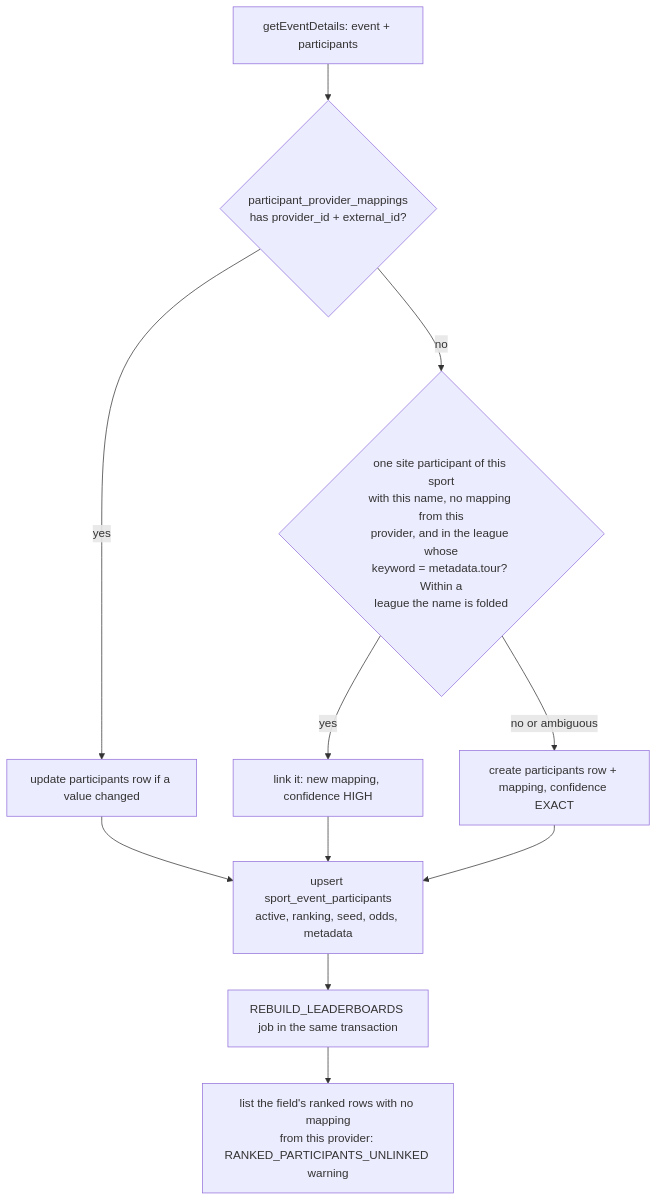
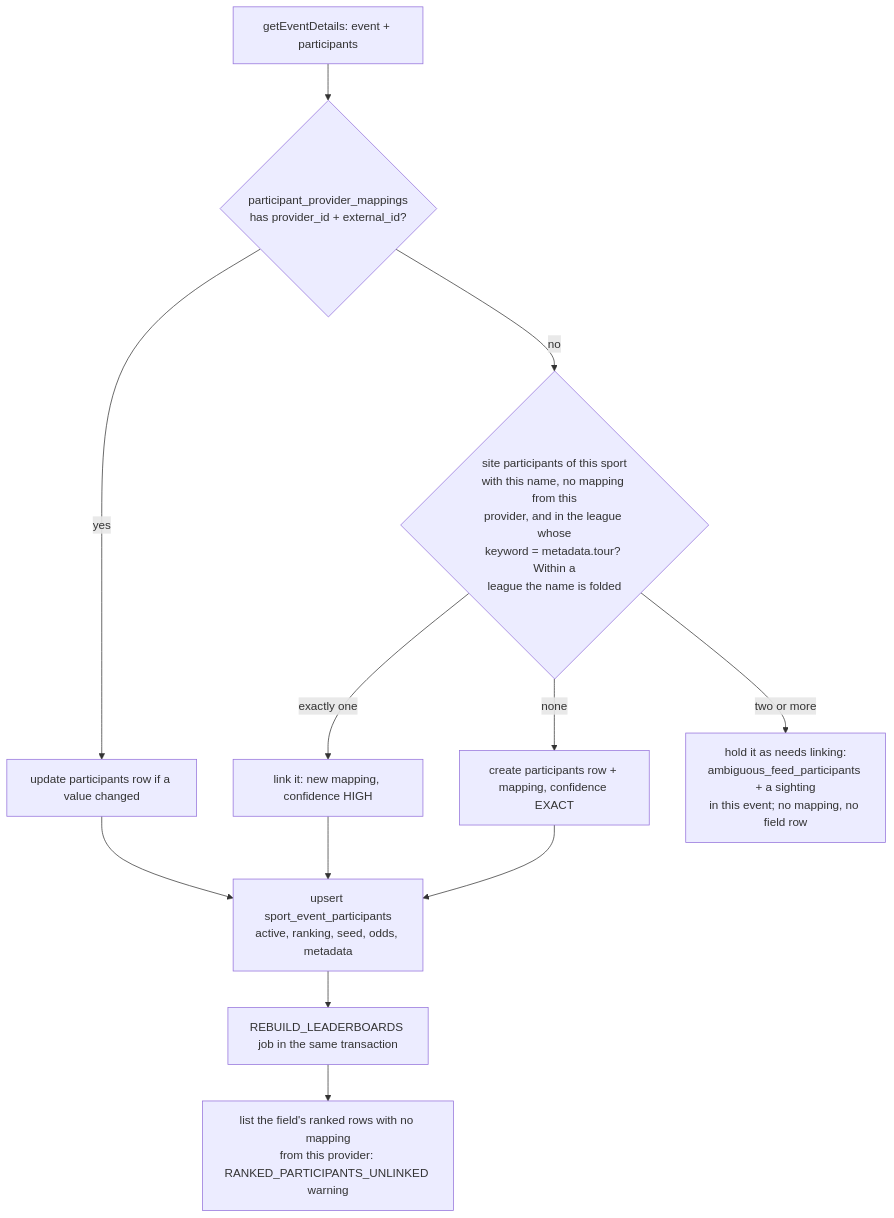
The second of 4 diagrams in docs/LIVE-SPORTS-DATA-SYNC.md (derek-dorazio/pool-master), drawn with Mermaid before and after one commit. The commit also changed other lines of this file and 3 other files, not shown here.

First line of the commit message:
Cover the needs-linking adapter's reads, index the every-league open list, re-stamp the migration after main's latest, and document the flow in the sync design doc (#1824)

````diff
--- a/docs/LIVE-SPORTS-DATA-SYNC.md
+++ b/docs/LIVE-SPORTS-DATA-SYNC.md
@@ -175,11 +175,12 @@
 ```mermaid
 flowchart TD
   D[getEventDetails: event + participants] --> M{participant_provider_mappings<br/>has provider_id + external_id?}
   M -- yes --> U[update participants row if a value changed]
-  M -- no --> N{one site participant of this sport<br/>with this name, no mapping from this<br/>provider, and in the league whose<br/>keyword = metadata.tour? Within a<br/>league the name is folded}
-  N -- yes --> LK[link it: new mapping, confidence HIGH]
-  N -- no or ambiguous --> CR[create participants row + mapping, confidence EXACT]
+  M -- no --> N{site participants of this sport<br/>with this name, no mapping from this<br/>provider, and in the league whose<br/>keyword = metadata.tour? Within a<br/>league the name is folded}
+  N -- exactly one --> LK[link it: new mapping, confidence HIGH]
+  N -- none --> CR[create participants row + mapping, confidence EXACT]
+  N -- two or more --> H[hold it as needs linking:<br/>ambiguous_feed_participants + a sighting<br/>in this event; no mapping, no field row]
   U & LK & CR --> F[upsert sport_event_participants<br/>active, ranking, seed, odds, metadata]
   F --> J[REBUILD_LEADERBOARDS job in the same transaction]
   J --> W[list the field's ranked rows with no mapping<br/>from this provider: RANKED_PARTICIPANTS_UNLINKED warning]
 ```
````
